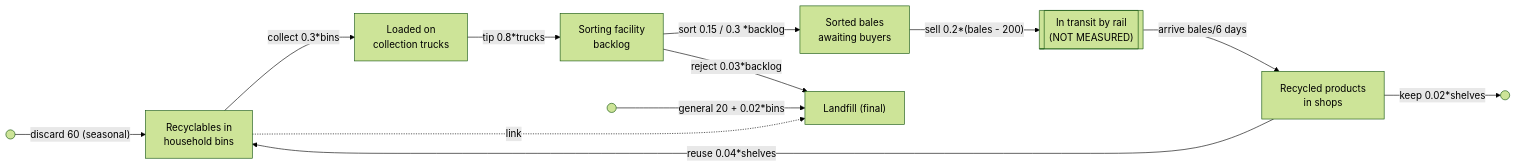
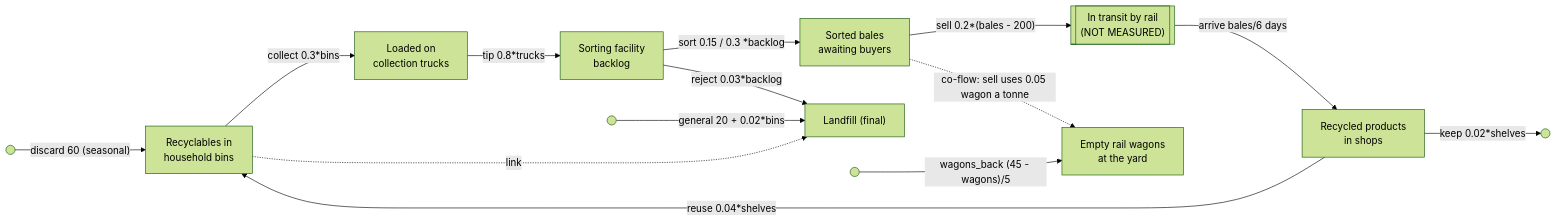
The diagram in sdlab/sdlab/examples/sd-recycling/README.md (danroblewis/orchestra), drawn with Mermaid (forest theme) before and after one commit. The commit also changed other lines of this file and 128 other files, not shown here.

First line of the commit message:
Benchmark v2: co-flows and effects in the ground-truth examples

````diff
--- a/sdlab/sdlab/examples/sd-recycling/README.md
+++ b/sdlab/sdlab/examples/sd-recycling/README.md
@@ -20,14 +22,16 @@
 ```mermaid
 flowchart LR
   OUT1(( )) -- "discard 60 (seasonal)" --> bins["Recyclables in<br/>household bins"]
   bins -- "collect 0.3*bins" --> trucks["Loaded on<br/>collection trucks"]
   trucks -- "tip 0.8*trucks" --> backlog["Sorting facility<br/>backlog"]
   backlog -- "sort 0.15 / 0.3 *backlog" --> bales["Sorted bales<br/>awaiting buyers"]
   backlog -- "reject 0.03*backlog" --> landfill["Landfill (final)"]
   bales -- "sell 0.2*(bales - 200)" --> rail[["In transit by rail<br/>(NOT MEASURED)"]]
   rail -- "arrive bales/6 days" --> shelves["Recycled products<br/>in shops"]
   shelves -- "reuse 0.04*shelves" --> bins
   shelves -- "keep 0.02*shelves" --> OUT2(( ))
   OUT3(( )) -- "general 20 + 0.02*bins" --> landfill
   bins -. "link" .-> landfill
+  OUT4(( )) -- "wagons_back (45 - wagons)/5" --> wagons["Empty rail wagons<br/>at the yard"]
+  bales -. "co-flow: sell uses 0.05 wagon a tonne" .-> wagons
 ```
````
